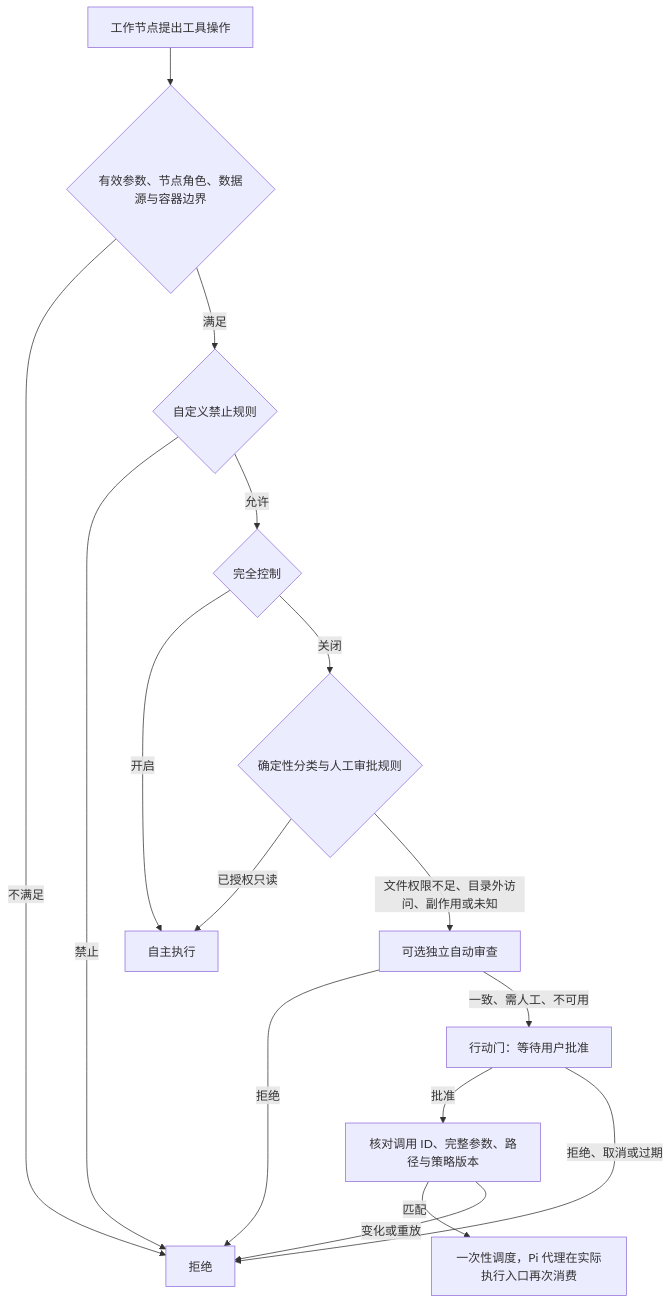
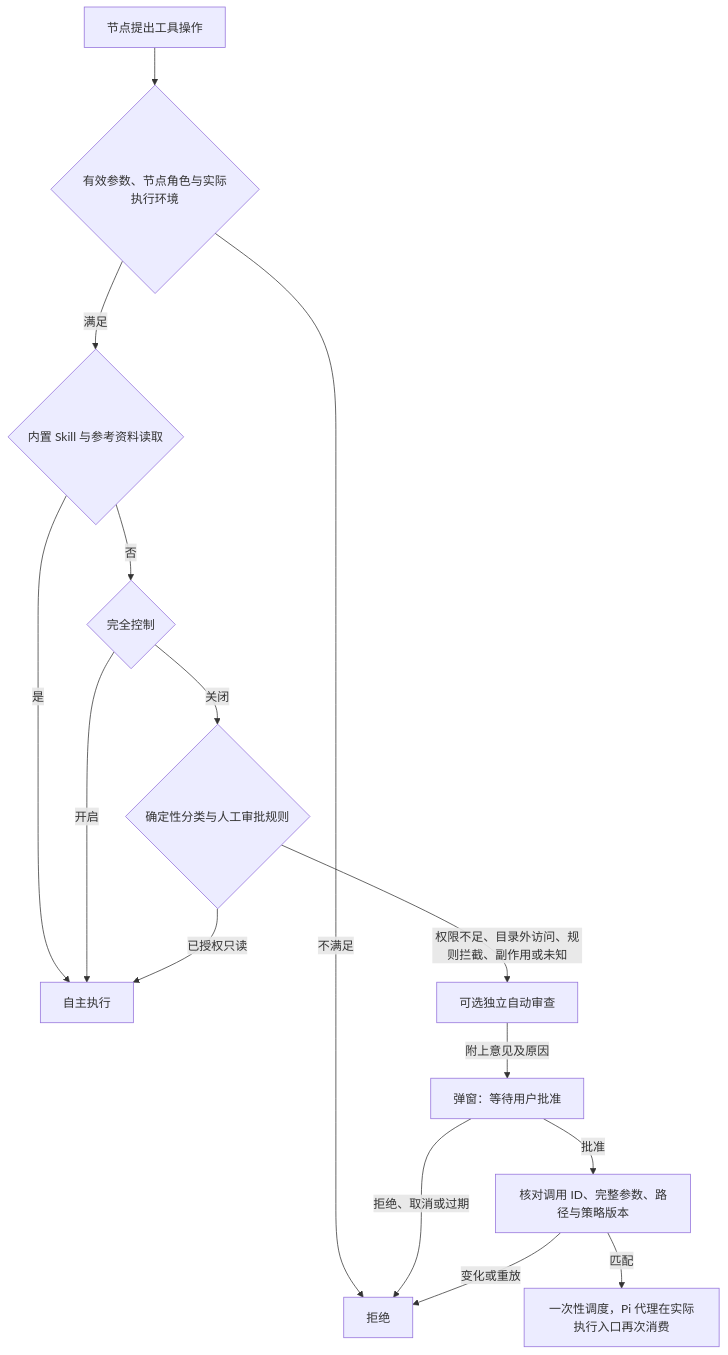
Before and after one commit to Goldgom/craft-agents-oss: the diagram in docs/super-agent/action-gates.md, drawn with Mermaid. The commit also changed other lines of this file and 120 other files, not shown here.

````diff
--- a/docs/super-agent/action-gates.md
+++ b/docs/super-agent/action-gates.md
@@ -7,18 +7,17 @@
 ```mermaid
 flowchart TD
-  A[工作节点提出工具操作] --> B{有效参数、节点角色、数据源与容器边界}
+  A[节点提出工具操作] --> B{有效参数、节点角色与实际执行环境}
   B -->|不满足| X[拒绝]
-  B -->|满足| P{自定义禁止规则}
-  P -->|禁止| X
-  P -->|允许| H{完全控制}
+  B -->|满足| K{内置 Skill 与参考资料读取}
+  K -->|是| R[自主执行]
+  K -->|否| H{完全控制}
   H -->|开启| R[自主执行]
   H -->|关闭| C{确定性分类与人工审批规则}
   C -->|已授权只读| R[自主执行]
-  C -->|文件权限不足、目录外访问、副作用或未知| D[可选独立自动审查]
-  D -->|拒绝| X
-  D -->|一致、需人工、不可用| E[行动门：等待用户批准]
+  C -->|权限不足、目录外访问、规则拦截、副作用或未知| D[可选独立自动审查]
+  D -->|附上意见及原因| E[弹窗：等待用户批准]
   E -->|批准| F[核对调用 ID、完整参数、路径与策略版本]
   E -->|拒绝、取消或过期| X
   F -->|匹配| G[一次性调度，Pi 代理在实际执行入口再次消费]
   F -->|变化或重放| X
 ```
````
